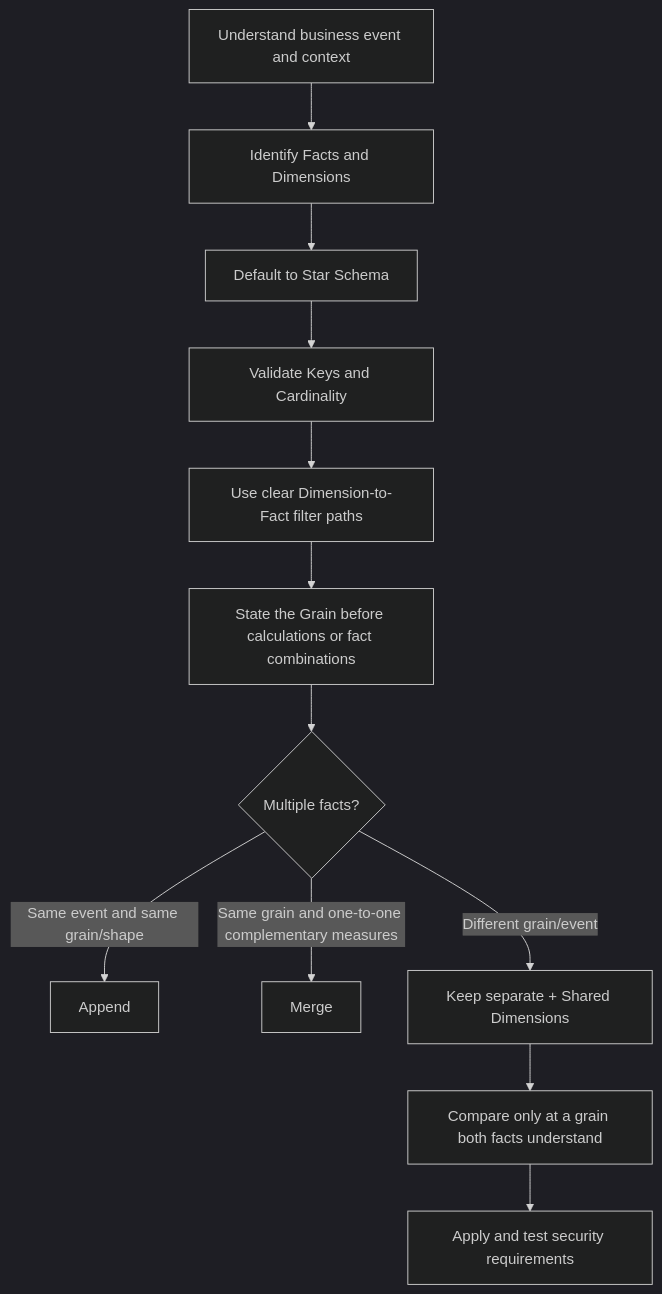
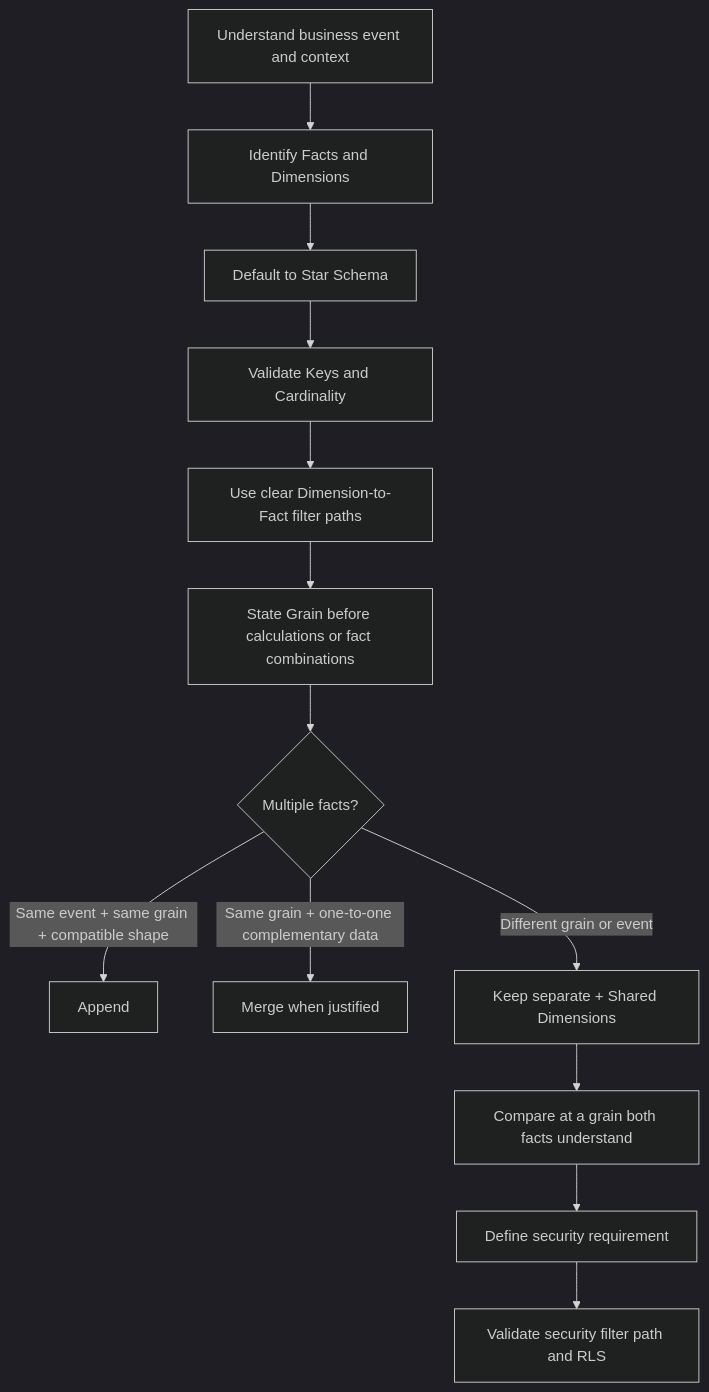
The diagram in README.md (gw-ai-security/dimensional-data-modeling-portfolio), drawn with Mermaid (dark theme) before and after one commit. The commit also changed other lines of this file, not shown here.

````diff
--- a/README.md
+++ b/README.md
@@ -78,14 +80,15 @@
 ```mermaid
 flowchart TD
     A[Understand business event and context] --> B[Identify Facts and Dimensions]
     B --> C[Default to Star Schema]
     C --> D[Validate Keys and Cardinality]
     D --> E[Use clear Dimension-to-Fact filter paths]
-    E --> F[State the Grain before calculations or fact combinations]
+    E --> F[State Grain before calculations or fact combinations]
     F --> G{Multiple facts?}
-    G -->|Same event and same grain/shape| H[Append]
-    G -->|Same grain and one-to-one complementary measures| I[Merge]
-    G -->|Different grain/event| J[Keep separate + Shared Dimensions]
-    J --> K[Compare only at a grain both facts understand]
-    K --> L[Apply and test security requirements]
+    G -->|Same event + same grain + compatible shape| H[Append]
+    G -->|Same grain + one-to-one complementary data| I[Merge when justified]
+    G -->|Different grain or event| J[Keep separate + Shared Dimensions]
+    J --> K[Compare at a grain both facts understand]
+    K --> L[Define security requirement]
+    L --> M[Validate security filter path and RLS]
 ```
````
